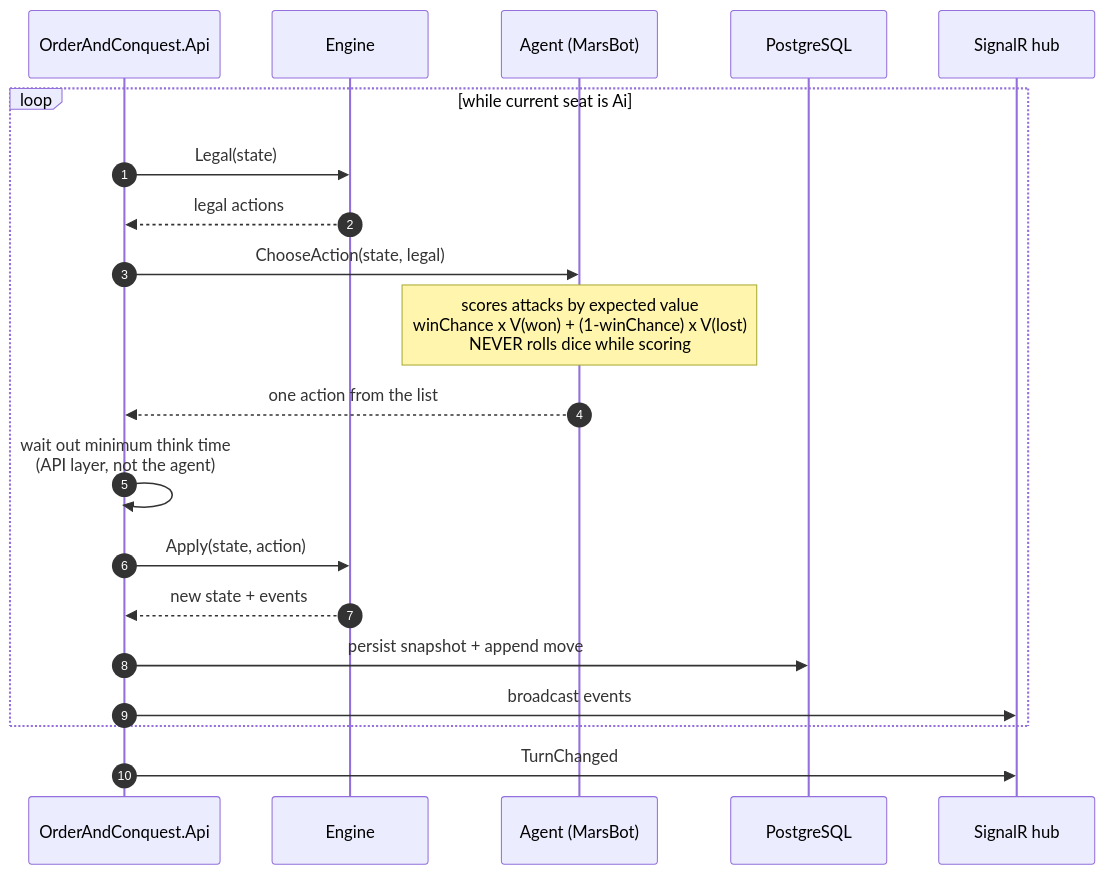
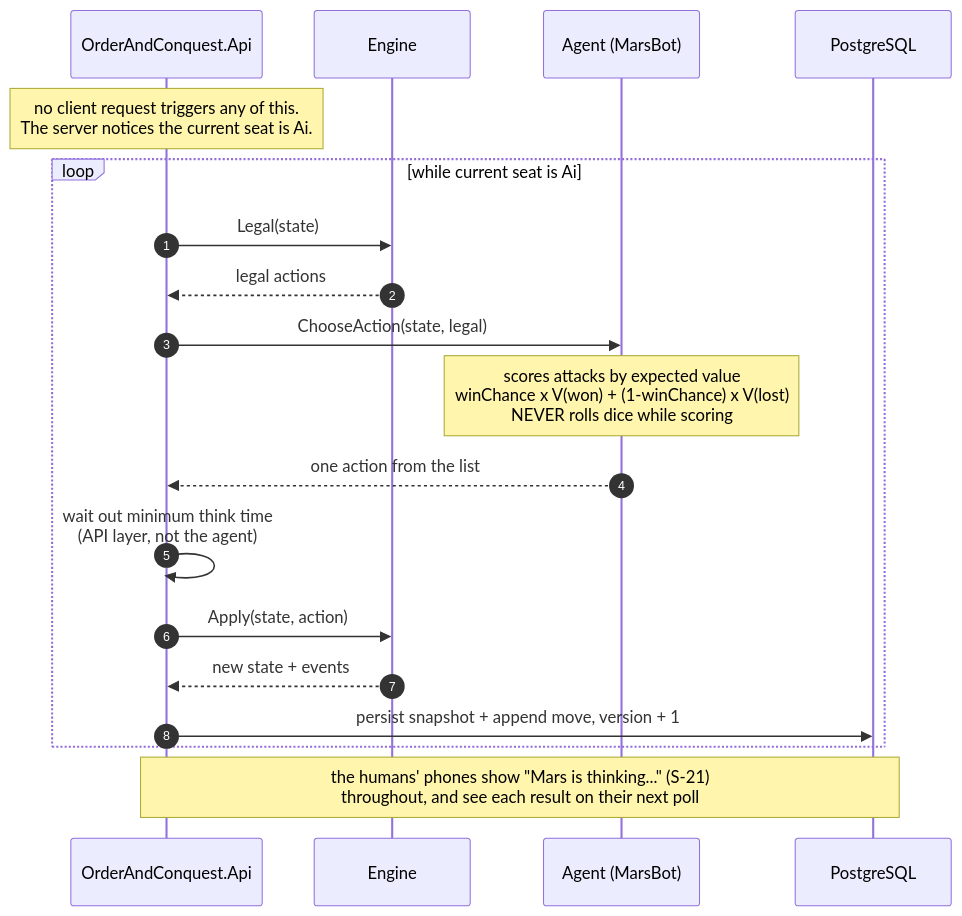
Before and after one commit to MujtabaNite/Order_And_Conquest: the eighth of 14 diagrams in docs/04-system-analysis.md, drawn with Mermaid. The commit also changed other lines of this file and 9 other files, not shown here.

````diff
--- a/docs/04-system-analysis.md
+++ b/docs/04-system-analysis.md
@@ -775,23 +961,22 @@
 ```mermaid
 sequenceDiagram
     autonumber
     participant API as OrderAndConquest.Api
     participant E as Engine
     participant A as Agent (MarsBot)
     participant DB as PostgreSQL
-    participant Hub as SignalR hub
 
+    note over API: no client request triggers any of this.<br/>The server notices the current seat is Ai.
     loop while current seat is Ai
         API->>E: Legal(state)
         E-->>API: legal actions
         API->>A: ChooseAction(state, legal)
         note over A: scores attacks by expected value<br/>winChance x V(won) + (1-winChance) x V(lost)<br/>NEVER rolls dice while scoring
         A-->>API: one action from the list
         API->>API: wait out minimum think time<br/>(API layer, not the agent)
         API->>E: Apply(state, action)
         E-->>API: new state + events
-        API->>DB: persist snapshot + append move
-        API->>Hub: broadcast events
+        API->>DB: persist snapshot + append move, version + 1
     end
-    API->>Hub: TurnChanged
+    note over API,DB: the humans' phones show "Mars is thinking..." (S-21)<br/>throughout, and see each result on their next poll
 ```
````
